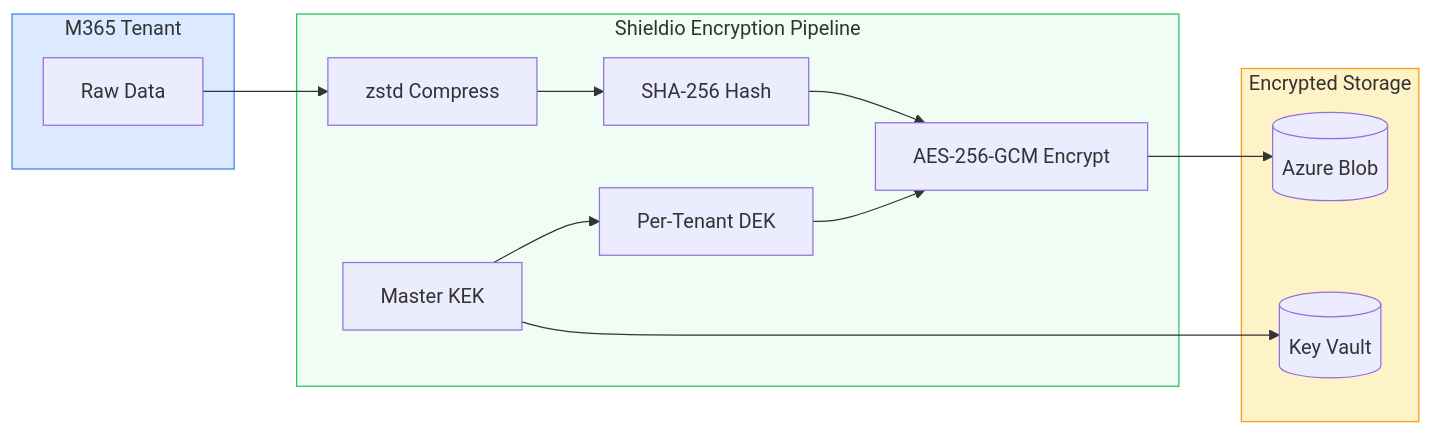
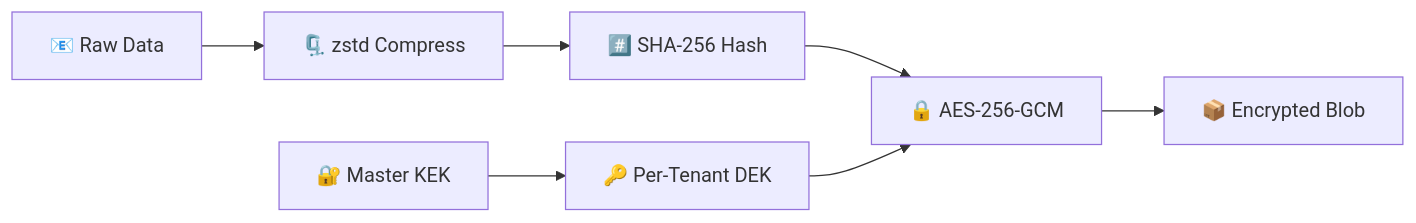
Before and after one commit to gpatwa/m365-vault: the first of 3 diagrams in docs/SECURITY.md, drawn with Mermaid. The commit also changed other lines of this file and 3 other files, not shown here.

First line of the commit message:
fix: simplify Mermaid diagrams — focused, readable, fewer nodes

````diff
--- a/docs/SECURITY.md
+++ b/docs/SECURITY.md
@@ -17,28 +19,6 @@
 ```mermaid
 graph LR
-    subgraph Source["M365 Tenant"]
-        Data[Raw Data]
-    end
-
-    subgraph Pipeline["Shieldio Encryption Pipeline"]
-        Compress[zstd Compress]
-        Hash[SHA-256 Hash]
-        Encrypt[AES-256-GCM Encrypt]
-        DEK[Per-Tenant DEK]
-        KEK[Master KEK]
-    end
-
-    subgraph Storage["Encrypted Storage"]
-        Blob[(Azure Blob)]
-        KV[(Key Vault)]
-    end
-
-    Data --> Compress --> Hash --> Encrypt --> Blob
-    DEK --> Encrypt
-    KEK --> DEK
-    KEK --> KV
-
-    style Source fill:#dbeafe,stroke:#3b82f6
-    style Pipeline fill:#f0fdf4,stroke:#22c55e
-    style Storage fill:#fef3c7,stroke:#f59e0b
+    A["📧 Raw Data"] --> B["🗜️ zstd Compress"] --> C["#️⃣ SHA-256 Hash"] --> D["🔒 AES-256-GCM"] --> E["📦 Encrypted Blob"]
+    F["🔑 Per-Tenant DEK"] --> D
+    G["🔐 Master KEK"] --> F
 ```
````
